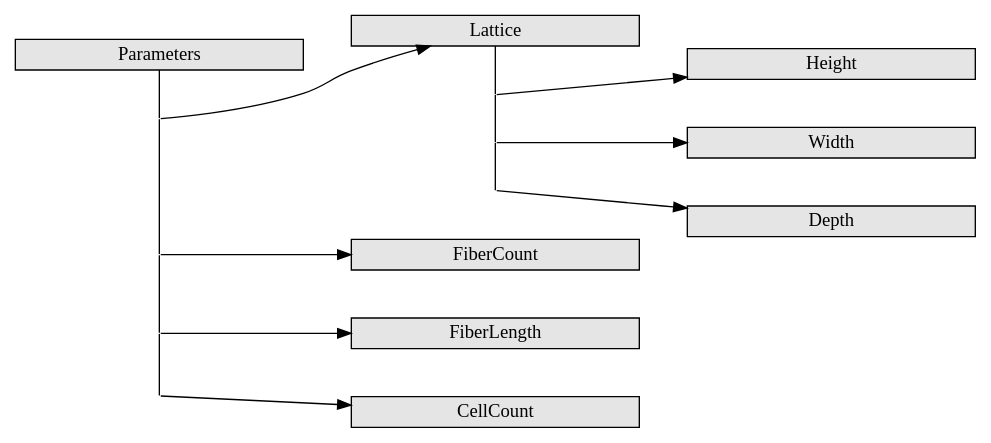
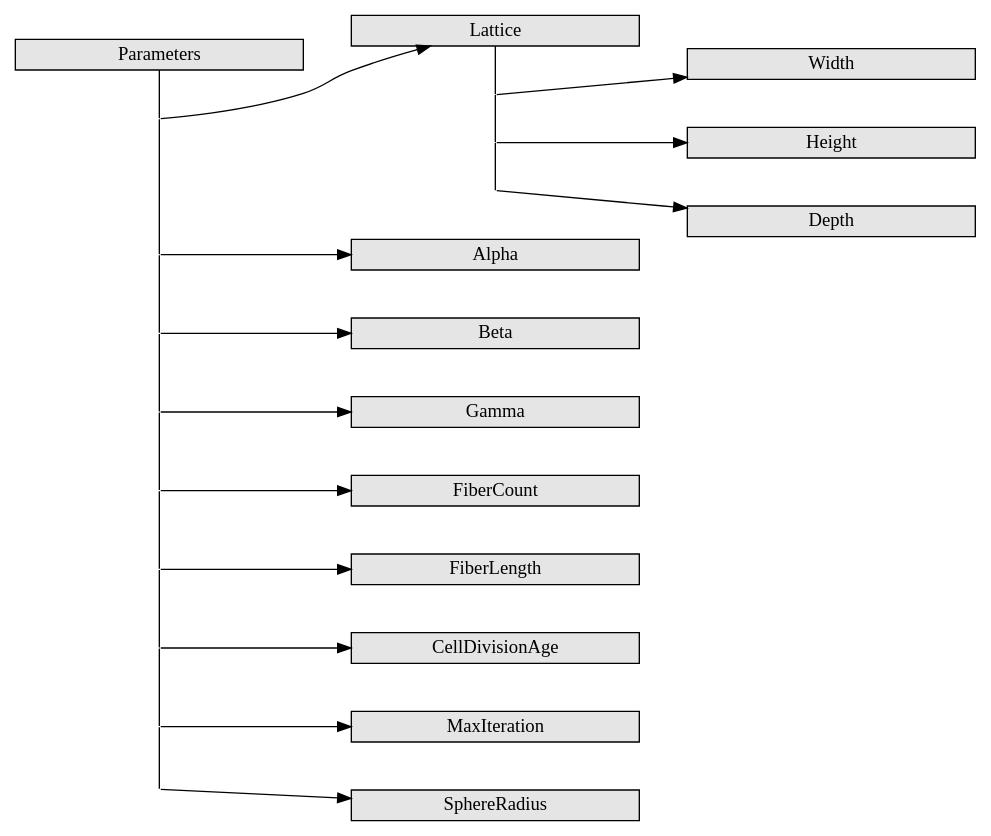
The diagram in docs/diag/xml structure/xml_str.dot (abhaymittal/Model-Stem-Cells), drawn with Graphviz before and after one commit. The commit also changed 1 other file, not shown here.

```diff
--- a/docs/diag/xml structure/xml_str.dot
+++ b/docs/diag/xml structure/xml_str.dot
@@ -1,48 +1,68 @@
 digraph tree
 {
     nodesep=0.5;
    
     rankdir=LR;    
     fixedsize=true;          
     node [style="filled", width=0, height=0, shape=box, fillcolor="#E5E5E5", concentrate=true]
  
     param [label="Parameters" shape=box, width=3]
 
     param_lattice [shape=point]
     lattice [label="Lattice", width=3]
     param_lattice -> lattice
 
     lattice_lheight [shape=point]
     lheight [label="Height", width=3]
     lattice_lheight -> lheight
 
     lattice_lwidth [shape=point]
     lwidth [label="Width", width=3]
     lattice_lwidth -> lwidth
 
     lattice_ldepth [shape=point]
     ldepth [label="Depth", width=3]
     lattice_ldepth -> ldepth
 
     {
         rank=same;
-        lattice -> lattice_lheight -> lattice_lwidth -> lattice_ldepth [arrowhead=none]
+        lattice -> lattice_lwidth -> lattice_lheight -> lattice_ldepth [arrowhead=none]
     }
+
+
+    param_alpha [shape=point]
+    alpha [label="Alpha", width=3]
+    param_alpha -> alpha
+
+    param_beta [shape=point]
+    beta [label="Beta", width=3]
+    param_beta -> beta
+
+    param_gamma [shape=point]
+    gamma [label="Gamma", width=3]
+    param_gamma -> gamma
 
     param_fibcount [shape=point]
     fibcount [label="FiberCount", width=3]
     param_fibcount -> fibcount
 
     param_fiblength [shape=point]
     fiblength [label="FiberLength", width=3]
     param_fiblength -> fiblength
 
-    param_cellcount [shape=point]
-    cellcount [label="CellCount", width=3]
-    param_cellcount -> cellcount
- 
+    param_celldiv [shape=point]
+    celldiv [label="CellDivisionAge", width=3]
+    param_celldiv -> celldiv
+
+    param_maxiter [shape=point]
+    maxiter [label="MaxIteration", width=3]
+    param_maxiter -> maxiter
+
+    param_sphereradius [shape=point]
+    sphereradius [label="SphereRadius", width=3]
+    param_sphereradius -> sphereradius 
     {
         rank=same;
-        param -> param_lattice -> param_fibcount -> param_fiblength -> param_cellcount [arrowhead=none]
+        param -> param_lattice -> param_alpha -> param_beta -> param_gamma -> param_fibcount -> param_fiblength -> param_celldiv -> param_maxiter -> param_sphereradius [arrowhead=none]
     }
 }
```
